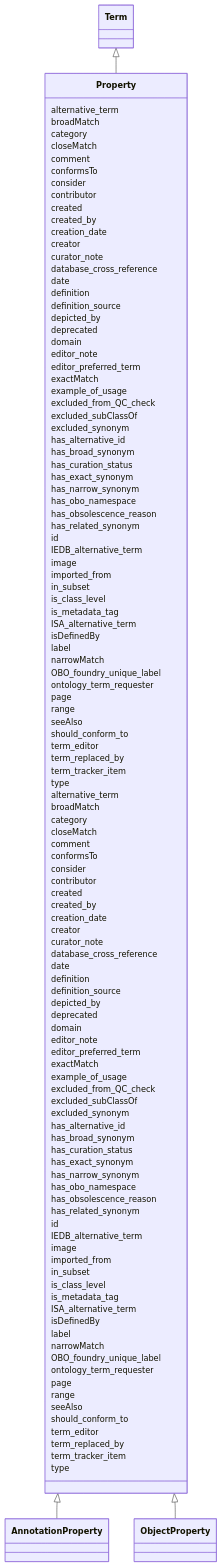
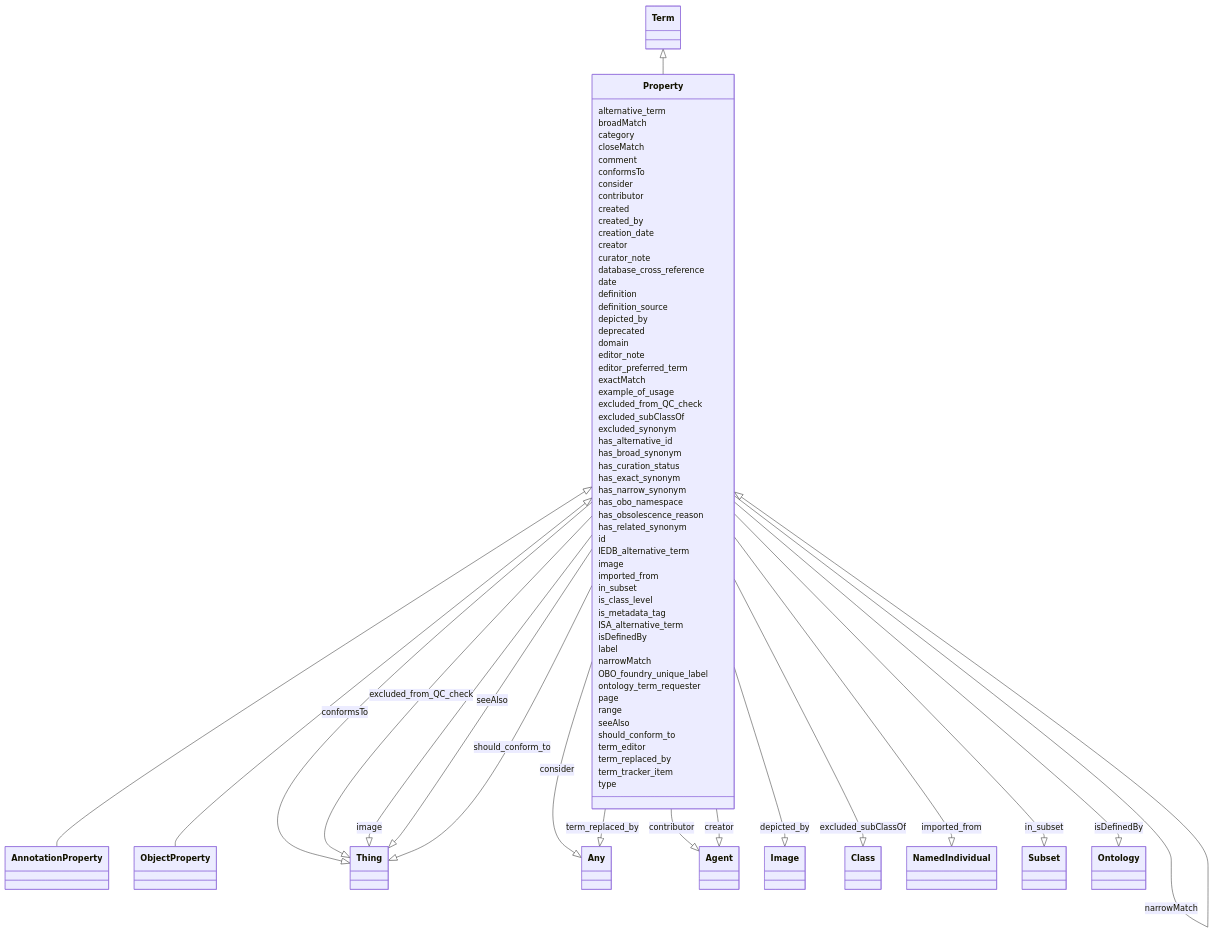
Before and after one commit to cthoyt/ontology-access-kit: the diagram in ontology-metadata/Property.md, drawn with Mermaid. The commit also changed other lines of this file and 3287 other files, not shown here.

````diff
--- a/ontology-metadata/Property.md
+++ b/ontology-metadata/Property.md
@@ -13,122 +13,158 @@
     class Property
       Term <|-- Property
       
-      Property : alternative_term
-      Property : broadMatch
-      Property : category
-      Property : closeMatch
-      Property : comment
-      Property : conformsTo
-      Property : consider
-      Property : contributor
-      Property : created
-      Property : created_by
-      Property : creation_date
-      Property : creator
-      Property : curator_note
-      Property : database_cross_reference
-      Property : date
-      Property : definition
-      Property : definition_source
-      Property : depicted_by
-      Property : deprecated
-      Property : domain
-      Property : editor_note
-      Property : editor_preferred_term
-      Property : exactMatch
-      Property : example_of_usage
-      Property : excluded_from_QC_check
-      Property : excluded_subClassOf
-      Property : excluded_synonym
-      Property : has_alternative_id
-      Property : has_broad_synonym
-      Property : has_curation_status
-      Property : has_exact_synonym
-      Property : has_narrow_synonym
-      Property : has_obo_namespace
-      Property : has_obsolescence_reason
-      Property : has_related_synonym
-      Property : id
-      Property : IEDB_alternative_term
-      Property : image
-      Property : imported_from
-      Property : in_subset
-      Property : is_class_level
-      Property : is_metadata_tag
-      Property : ISA_alternative_term
-      Property : isDefinedBy
-      Property : label
-      Property : narrowMatch
-      Property : OBO_foundry_unique_label
-      Property : ontology_term_requester
-      Property : page
-      Property : range
-      Property : seeAlso
-      Property : should_conform_to
-      Property : term_editor
-      Property : term_replaced_by
-      Property : term_tracker_item
-      Property : type
-      
 
       Property <|-- AnnotationProperty
       Property <|-- ObjectProperty
       
+      
       Property : alternative_term
+        
       Property : broadMatch
+        
+          Property --|> Property : broadMatch
+        
       Property : category
+        
       Property : closeMatch
+        
+          Property --|> Property : closeMatch
+        
       Property : comment
+        
       Property : conformsTo
+        
+          Property --|> Thing : conformsTo
+        
       Property : consider
+        
+          Property --|> Any : consider
+        
       Property : contributor
+        
+          Property --|> Agent : contributor
+        
       Property : created
+        
       Property : created_by
+        
       Property : creation_date
+        
       Property : creator
+        
+          Property --|> Agent : creator
+        
       Property : curator_note
+        
       Property : database_cross_reference
+        
       Property : date
+        
       Property : definition
+        
       Property : definition_source
+        
       Property : depicted_by
+        
+          Property --|> Image : depicted_by
+        
       Property : deprecated
+        
       Property : domain
+        
       Property : editor_note
+        
       Property : editor_preferred_term
+        
       Property : exactMatch
+        
+          Property --|> Property : exactMatch
+        
       Property : example_of_usage
+        
       Property : excluded_from_QC_check
+        
+          Property --|> Thing : excluded_from_QC_check
+        
       Property : excluded_subClassOf
+        
+          Property --|> Class : excluded_subClassOf
+        
       Property : excluded_synonym
+        
       Property : has_alternative_id
+        
       Property : has_broad_synonym
+        
       Property : has_curation_status
+        
       Property : has_exact_synonym
+        
       Property : has_narrow_synonym
+        
       Property : has_obo_namespace
+        
       Property : has_obsolescence_reason
+        
       Property : has_related_synonym
+        
       Property : id
+        
       Property : IEDB_alternative_term
+        
       Property : image
+        
+          Property --|> Thing : image
+        
       Property : imported_from
+        
+          Property --|> NamedIndividual : imported_from
+        
       Property : in_subset
+        
+          Property --|> Subset : in_subset
+        
       Property : is_class_level
+        
       Property : is_metadata_tag
+        
       Property : ISA_alternative_term
+        
       Property : isDefinedBy
+        
+          Property --|> Ontology : isDefinedBy
+        
       Property : label
+        
       Property : narrowMatch
+        
+          Property --|> Property : narrowMatch
+        
       Property : OBO_foundry_unique_label
+        
       Property : ontology_term_requester
+        
       Property : page
+        
       Property : range
+        
       Property : seeAlso
+        
+          Property --|> Thing : seeAlso
+        
       Property : should_conform_to
+        
+          Property --|> Thing : should_conform_to
+        
       Property : term_editor
+        
       Property : term_replaced_by
+        
+          Property --|> Any : term_replaced_by
+        
       Property : term_tracker_item
+        
       Property : type
+        
       
 ```
````
